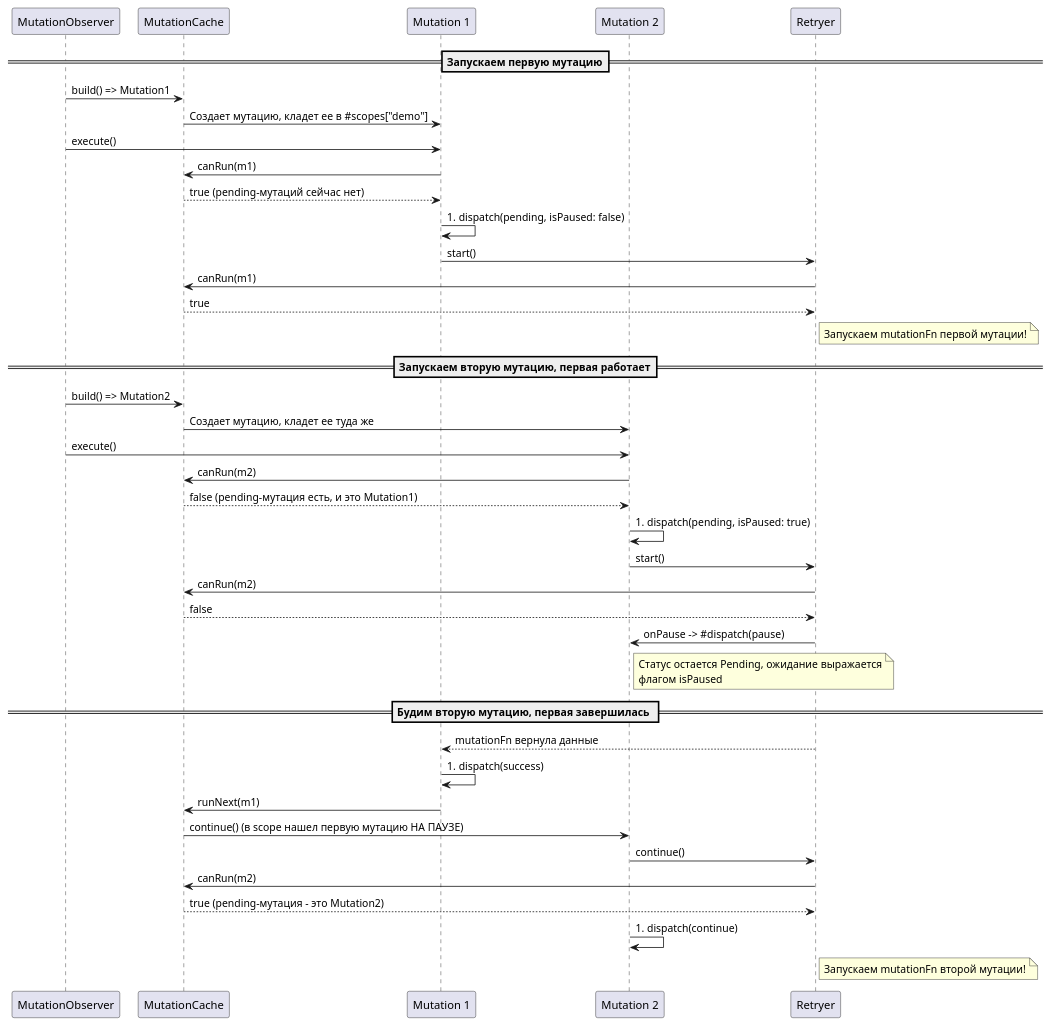
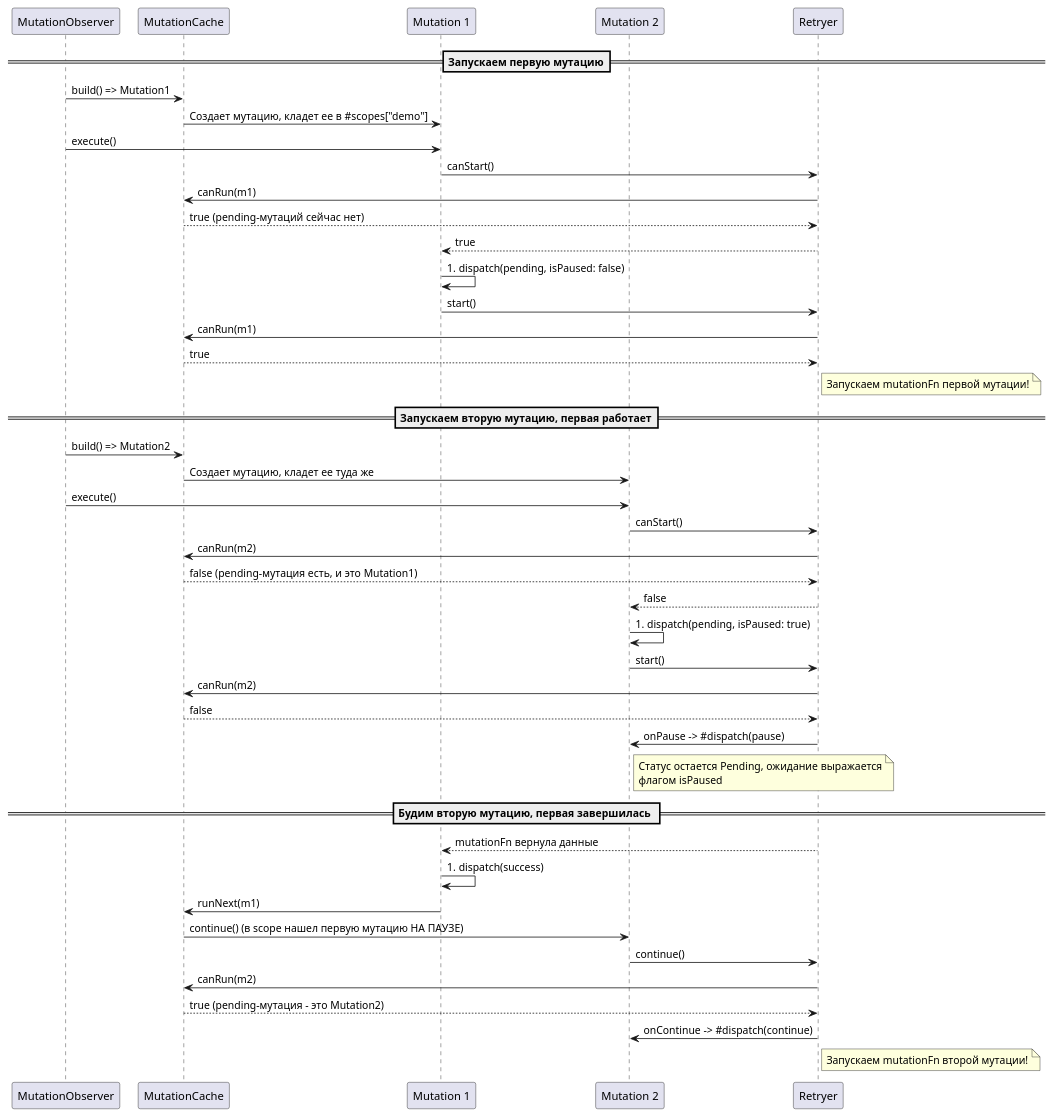
One commit to anufrievalex2006/PPO-5 changed the diagram in pumlDiagrams/sequenceScope.puml. Above: the diagram before and after it, drawn with PlantUML. The commit also changed 2 other files, not shown here.

```diff
--- a/pumlDiagrams/sequenceScope.puml
+++ b/pumlDiagrams/sequenceScope.puml
@@ -1,50 +1,54 @@
 @startuml Sequence_Scope
 participant MutationObserver as observer
 participant MutationCache as cache
 participant "Mutation 1" as mut1
 participant "Mutation 2" as mut2
 participant Retryer as ret
 
 ==Запускаем первую мутацию==
 observer -> cache: build() => Mutation1
 cache -> mut1: Создает мутацию, кладет ее в #scopes["demo"]
 observer -> mut1: execute()
-mut1 -> cache: canRun(m1)
-cache --> mut1: true (pending-мутаций сейчас нет)
+mut1 -> ret: canStart()
+ret -> cache: canRun(m1)
+cache --> ret: true (pending-мутаций сейчас нет)
+ret --> mut1: true
 mut1 -> mut1: #dispatch(pending, isPaused: false)
 mut1 -> ret: start()
 ret -> cache: canRun(m1)
 cache --> ret: true
 note right of ret
     Запускаем mutationFn первой мутации!
 end note
 
 ==Запускаем вторую мутацию, первая работает==
 observer -> cache: build() => Mutation2
 cache -> mut2: Создает мутацию, кладет ее туда же
 observer -> mut2: execute()
-mut2 -> cache: canRun(m2)
-cache --> mut2: false (pending-мутация есть, и это Mutation1)
+mut2 -> ret: canStart()
+ret -> cache: canRun(m2)
+cache --> ret: false (pending-мутация есть, и это Mutation1)
+ret --> mut2: false
 mut2 -> mut2: #dispatch(pending, isPaused: true)
 mut2 -> ret: start()
 ret -> cache: canRun(m2)
 cache --> ret: false
 ret -> mut2: onPause -> #dispatch(pause)
 note right of mut2
     Статус остается Pending, ожидание выражается
     флагом isPaused
 end note
 
 == Будим вторую мутацию, первая завершилась ==
 ret --> mut1: mutationFn вернула данные
 mut1 -> mut1: #dispatch(success)
 mut1 -> cache: runNext(m1)
 cache -> mut2: continue() (в scope нашел первую мутацию НА ПАУЗЕ)
 mut2 -> ret: continue()
 ret -> cache: canRun(m2)
 cache --> ret: true (pending-мутация - это Mutation2)
-mut2 -> mut2: #dispatch(continue)
+ret -> mut2: onContinue -> #dispatch(continue)
 note right of ret
     Запускаем mutationFn второй мутации!
 end note
 @enduml
```
